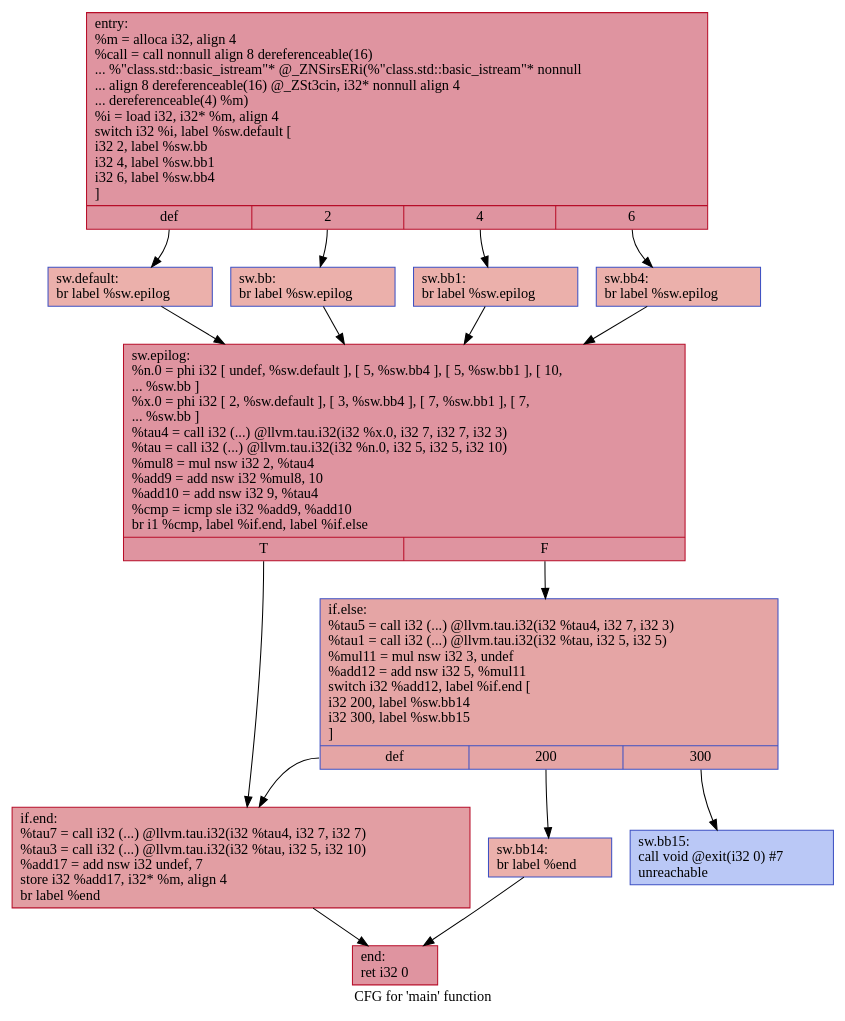
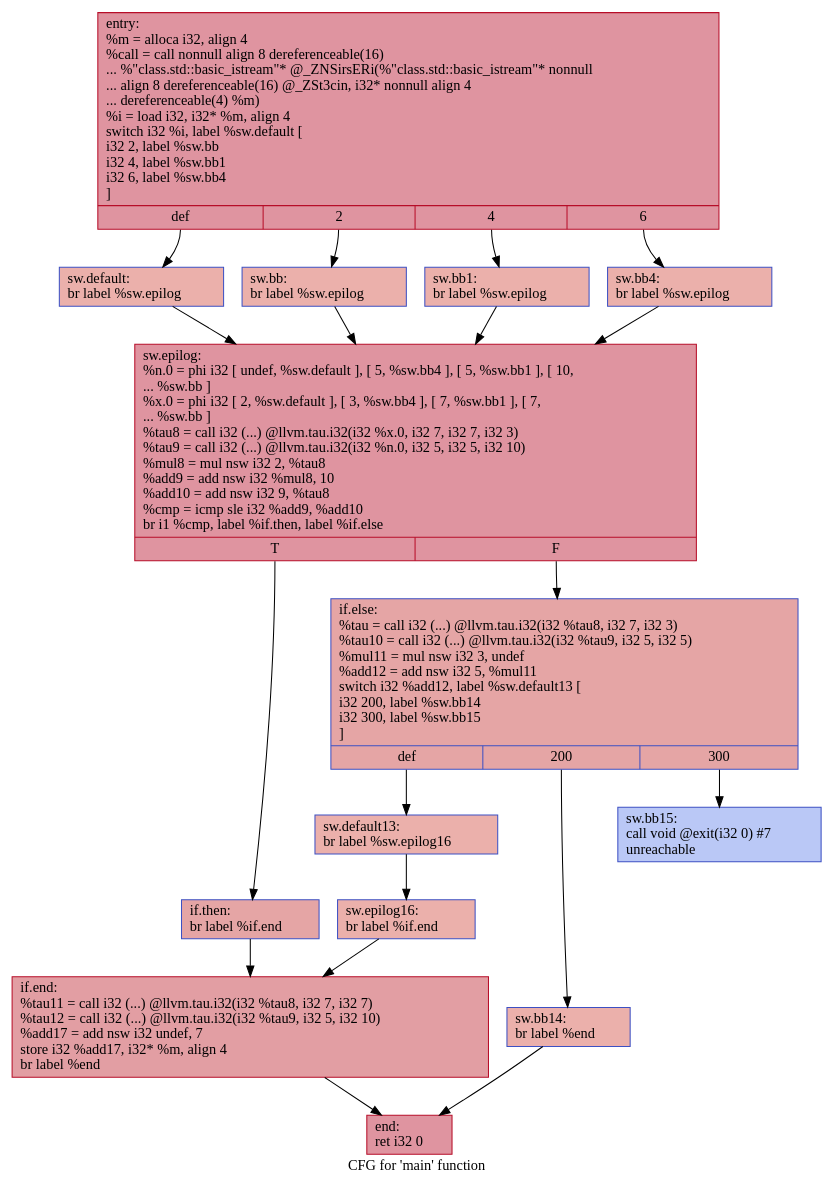
Before and after one commit to HPSSA-LLVM/HPSSA-LLVM: the diagram in IR/cfg/specSCCP_HPSSA.dot, drawn with Graphviz. The commit also changed 22 other files, not shown here.

```diff
--- a/IR/cfg/specSCCP_HPSSA.dot
+++ b/IR/cfg/specSCCP_HPSSA.dot
@@ -1,30 +1,36 @@
 digraph "CFG for 'main' function" {
 	label="CFG for 'main' function";
 
-	Node0x55de2621d080 [shape=record,color="#b70d28ff", style=filled, fillcolor="#b70d2870",label="{entry:\l  %m = alloca i32, align 4\l  %call = call nonnull align 8 dereferenceable(16)\l... %\"class.std::basic_istream\"* @_ZNSirsERi(%\"class.std::basic_istream\"* nonnull\l... align 8 dereferenceable(16) @_ZSt3cin, i32* nonnull align 4\l... dereferenceable(4) %m)\l  %i = load i32, i32* %m, align 4\l  switch i32 %i, label %sw.default [\l    i32 2, label %sw.bb\l    i32 4, label %sw.bb1\l    i32 6, label %sw.bb4\l  ]\l|{<s0>def|<s1>2|<s2>4|<s3>6}}"];
-	Node0x55de2621d080:s0 -> Node0x55de2621d4c0;
-	Node0x55de2621d080:s1 -> Node0x55de2621d5d0;
-	Node0x55de2621d080:s2 -> Node0x55de2621d6d0;
-	Node0x55de2621d080:s3 -> Node0x55de2621d7d0;
-	Node0x55de2621d5d0 [shape=record,color="#3d50c3ff", style=filled, fillcolor="#d24b4070",label="{sw.bb:                                            \l  br label %sw.epilog\l}"];
-	Node0x55de2621d5d0 -> Node0x55de2621d8f0;
-	Node0x55de2621d6d0 [shape=record,color="#3d50c3ff", style=filled, fillcolor="#d24b4070",label="{sw.bb1:                                           \l  br label %sw.epilog\l}"];
-	Node0x55de2621d6d0 -> Node0x55de2621d8f0;
-	Node0x55de2621d7d0 [shape=record,color="#3d50c3ff", style=filled, fillcolor="#d24b4070",label="{sw.bb4:                                           \l  br label %sw.epilog\l}"];
-	Node0x55de2621d7d0 -> Node0x55de2621d8f0;
-	Node0x55de2621d4c0 [shape=record,color="#3d50c3ff", style=filled, fillcolor="#d24b4070",label="{sw.default:                                       \l  br label %sw.epilog\l}"];
-	Node0x55de2621d4c0 -> Node0x55de2621d8f0;
-	Node0x55de2621d8f0 [shape=record,color="#b70d28ff", style=filled, fillcolor="#b70d2870",label="{sw.epilog:                                        \l  %n.0 = phi i32 [ undef, %sw.default ], [ 5, %sw.bb4 ], [ 5, %sw.bb1 ], [ 10,\l... %sw.bb ]\l  %x.0 = phi i32 [ 2, %sw.default ], [ 3, %sw.bb4 ], [ 7, %sw.bb1 ], [ 7,\l... %sw.bb ]\l  %tau4 = call i32 (...) @llvm.tau.i32(i32 %x.0, i32 7, i32 7, i32 3)\l  %tau = call i32 (...) @llvm.tau.i32(i32 %n.0, i32 5, i32 5, i32 10)\l  %mul8 = mul nsw i32 2, %tau4\l  %add9 = add nsw i32 %mul8, 10\l  %add10 = add nsw i32 9, %tau4\l  %cmp = icmp sle i32 %add9, %add10\l  br i1 %cmp, label %if.end, label %if.else\l|{<s0>T|<s1>F}}"];
-	Node0x55de2621d8f0:s0 -> Node0x55de2621ea90;
-	Node0x55de2621d8f0:s1 -> Node0x55de2621eb00;
-	Node0x55de2621eb00 [shape=record,color="#3d50c3ff", style=filled, fillcolor="#c5333470",label="{if.else:                                          \l  %tau5 = call i32 (...) @llvm.tau.i32(i32 %tau4, i32 7, i32 3)\l  %tau1 = call i32 (...) @llvm.tau.i32(i32 %tau, i32 5, i32 5)\l  %mul11 = mul nsw i32 3, undef\l  %add12 = add nsw i32 5, %mul11\l  switch i32 %add12, label %if.end [\l    i32 200, label %sw.bb14\l    i32 300, label %sw.bb15\l  ]\l|{<s0>def|<s1>200|<s2>300}}"];
-	Node0x55de2621eb00:s0 -> Node0x55de2621ea90;
-	Node0x55de2621eb00:s1 -> Node0x55de2621ee90;
-	Node0x55de2621eb00:s2 -> Node0x55de2621ef30;
-	Node0x55de2621ee90 [shape=record,color="#3d50c3ff", style=filled, fillcolor="#d24b4070",label="{sw.bb14:                                          \l  br label %end\l}"];
-	Node0x55de2621ee90 -> Node0x55de2621f3e0;
-	Node0x55de2621ef30 [shape=record,color="#3d50c3ff", style=filled, fillcolor="#6282ea70",label="{sw.bb15:                                          \l  call void @exit(i32 0) #7\l  unreachable\l}"];
-	Node0x55de2621ea90 [shape=record,color="#b70d28ff", style=filled, fillcolor="#be242e70",label="{if.end:                                           \l  %tau7 = call i32 (...) @llvm.tau.i32(i32 %tau4, i32 7, i32 7)\l  %tau3 = call i32 (...) @llvm.tau.i32(i32 %tau, i32 5, i32 10)\l  %add17 = add nsw i32 undef, 7\l  store i32 %add17, i32* %m, align 4\l  br label %end\l}"];
-	Node0x55de2621ea90 -> Node0x55de2621f3e0;
-	Node0x55de2621f3e0 [shape=record,color="#b70d28ff", style=filled, fillcolor="#b70d2870",label="{end:                                              \l  ret i32 0\l}"];
+	Node0x55d610033180 [shape=record,color="#b70d28ff", style=filled, fillcolor="#b70d2870",label="{entry:\l  %m = alloca i32, align 4\l  %call = call nonnull align 8 dereferenceable(16)\l... %\"class.std::basic_istream\"* @_ZNSirsERi(%\"class.std::basic_istream\"* nonnull\l... align 8 dereferenceable(16) @_ZSt3cin, i32* nonnull align 4\l... dereferenceable(4) %m)\l  %i = load i32, i32* %m, align 4\l  switch i32 %i, label %sw.default [\l    i32 2, label %sw.bb\l    i32 4, label %sw.bb1\l    i32 6, label %sw.bb4\l  ]\l|{<s0>def|<s1>2|<s2>4|<s3>6}}"];
+	Node0x55d610033180:s0 -> Node0x55d6100335c0;
+	Node0x55d610033180:s1 -> Node0x55d6100336d0;
+	Node0x55d610033180:s2 -> Node0x55d6100337d0;
+	Node0x55d610033180:s3 -> Node0x55d6100338d0;
+	Node0x55d6100336d0 [shape=record,color="#3d50c3ff", style=filled, fillcolor="#d24b4070",label="{sw.bb:                                            \l  br label %sw.epilog\l}"];
+	Node0x55d6100336d0 -> Node0x55d6100339f0;
+	Node0x55d6100337d0 [shape=record,color="#3d50c3ff", style=filled, fillcolor="#d24b4070",label="{sw.bb1:                                           \l  br label %sw.epilog\l}"];
+	Node0x55d6100337d0 -> Node0x55d6100339f0;
+	Node0x55d6100338d0 [shape=record,color="#3d50c3ff", style=filled, fillcolor="#d24b4070",label="{sw.bb4:                                           \l  br label %sw.epilog\l}"];
+	Node0x55d6100338d0 -> Node0x55d6100339f0;
+	Node0x55d6100335c0 [shape=record,color="#3d50c3ff", style=filled, fillcolor="#d24b4070",label="{sw.default:                                       \l  br label %sw.epilog\l}"];
+	Node0x55d6100335c0 -> Node0x55d6100339f0;
+	Node0x55d6100339f0 [shape=record,color="#b70d28ff", style=filled, fillcolor="#b70d2870",label="{sw.epilog:                                        \l  %n.0 = phi i32 [ undef, %sw.default ], [ 5, %sw.bb4 ], [ 5, %sw.bb1 ], [ 10,\l... %sw.bb ]\l  %x.0 = phi i32 [ 2, %sw.default ], [ 3, %sw.bb4 ], [ 7, %sw.bb1 ], [ 7,\l... %sw.bb ]\l  %tau8 = call i32 (...) @llvm.tau.i32(i32 %x.0, i32 7, i32 7, i32 3)\l  %tau9 = call i32 (...) @llvm.tau.i32(i32 %n.0, i32 5, i32 5, i32 10)\l  %mul8 = mul nsw i32 2, %tau8\l  %add9 = add nsw i32 %mul8, 10\l  %add10 = add nsw i32 9, %tau8\l  %cmp = icmp sle i32 %add9, %add10\l  br i1 %cmp, label %if.then, label %if.else\l|{<s0>T|<s1>F}}"];
+	Node0x55d6100339f0:s0 -> Node0x55d610034b90;
+	Node0x55d6100339f0:s1 -> Node0x55d610034c00;
+	Node0x55d610034b90 [shape=record,color="#3d50c3ff", style=filled, fillcolor="#c5333470",label="{if.then:                                          \l  br label %if.end\l}"];
+	Node0x55d610034b90 -> Node0x55d610034d20;
+	Node0x55d610034c00 [shape=record,color="#3d50c3ff", style=filled, fillcolor="#c5333470",label="{if.else:                                          \l  %tau = call i32 (...) @llvm.tau.i32(i32 %tau8, i32 7, i32 3)\l  %tau10 = call i32 (...) @llvm.tau.i32(i32 %tau9, i32 5, i32 5)\l  %mul11 = mul nsw i32 3, undef\l  %add12 = add nsw i32 5, %mul11\l  switch i32 %add12, label %sw.default13 [\l    i32 200, label %sw.bb14\l    i32 300, label %sw.bb15\l  ]\l|{<s0>def|<s1>200|<s2>300}}"];
+	Node0x55d610034c00:s0 -> Node0x55d610035040;
+	Node0x55d610034c00:s1 -> Node0x55d610035410;
+	Node0x55d610034c00:s2 -> Node0x55d6100354b0;
+	Node0x55d610035040 [shape=record,color="#3d50c3ff", style=filled, fillcolor="#d24b4070",label="{sw.default13:                                     \l  br label %sw.epilog16\l}"];
+	Node0x55d610035040 -> Node0x55d6100356a0;
+	Node0x55d610035410 [shape=record,color="#3d50c3ff", style=filled, fillcolor="#d24b4070",label="{sw.bb14:                                          \l  br label %end\l}"];
+	Node0x55d610035410 -> Node0x55d610035790;
+	Node0x55d6100354b0 [shape=record,color="#3d50c3ff", style=filled, fillcolor="#6282ea70",label="{sw.bb15:                                          \l  call void @exit(i32 0) #7\l  unreachable\l}"];
+	Node0x55d6100356a0 [shape=record,color="#3d50c3ff", style=filled, fillcolor="#d24b4070",label="{sw.epilog16:                                      \l  br label %if.end\l}"];
+	Node0x55d6100356a0 -> Node0x55d610034d20;
+	Node0x55d610034d20 [shape=record,color="#b70d28ff", style=filled, fillcolor="#be242e70",label="{if.end:                                           \l  %tau11 = call i32 (...) @llvm.tau.i32(i32 %tau8, i32 7, i32 7)\l  %tau12 = call i32 (...) @llvm.tau.i32(i32 %tau9, i32 5, i32 10)\l  %add17 = add nsw i32 undef, 7\l  store i32 %add17, i32* %m, align 4\l  br label %end\l}"];
+	Node0x55d610034d20 -> Node0x55d610035790;
+	Node0x55d610035790 [shape=record,color="#b70d28ff", style=filled, fillcolor="#b70d2870",label="{end:                                              \l  ret i32 0\l}"];
 }
```
